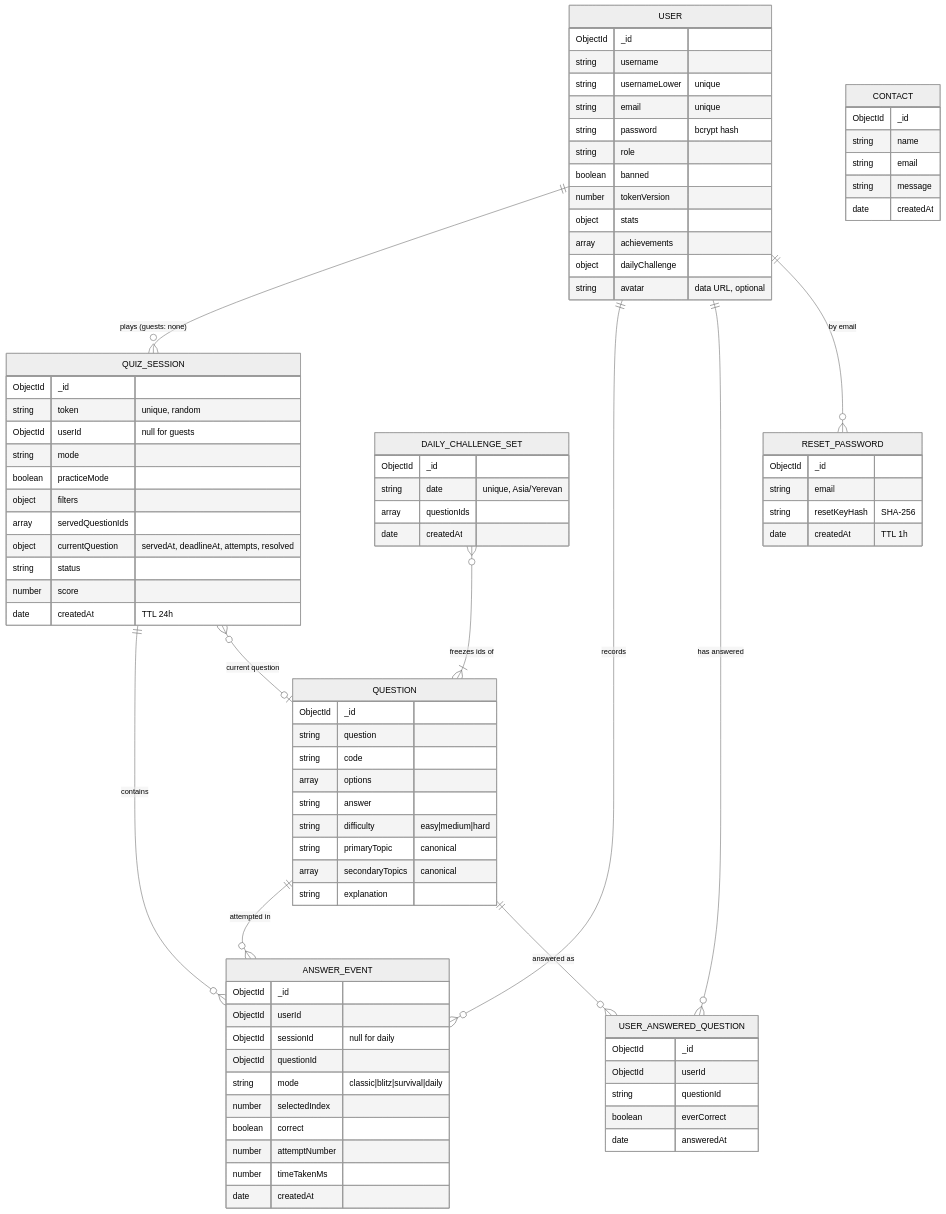
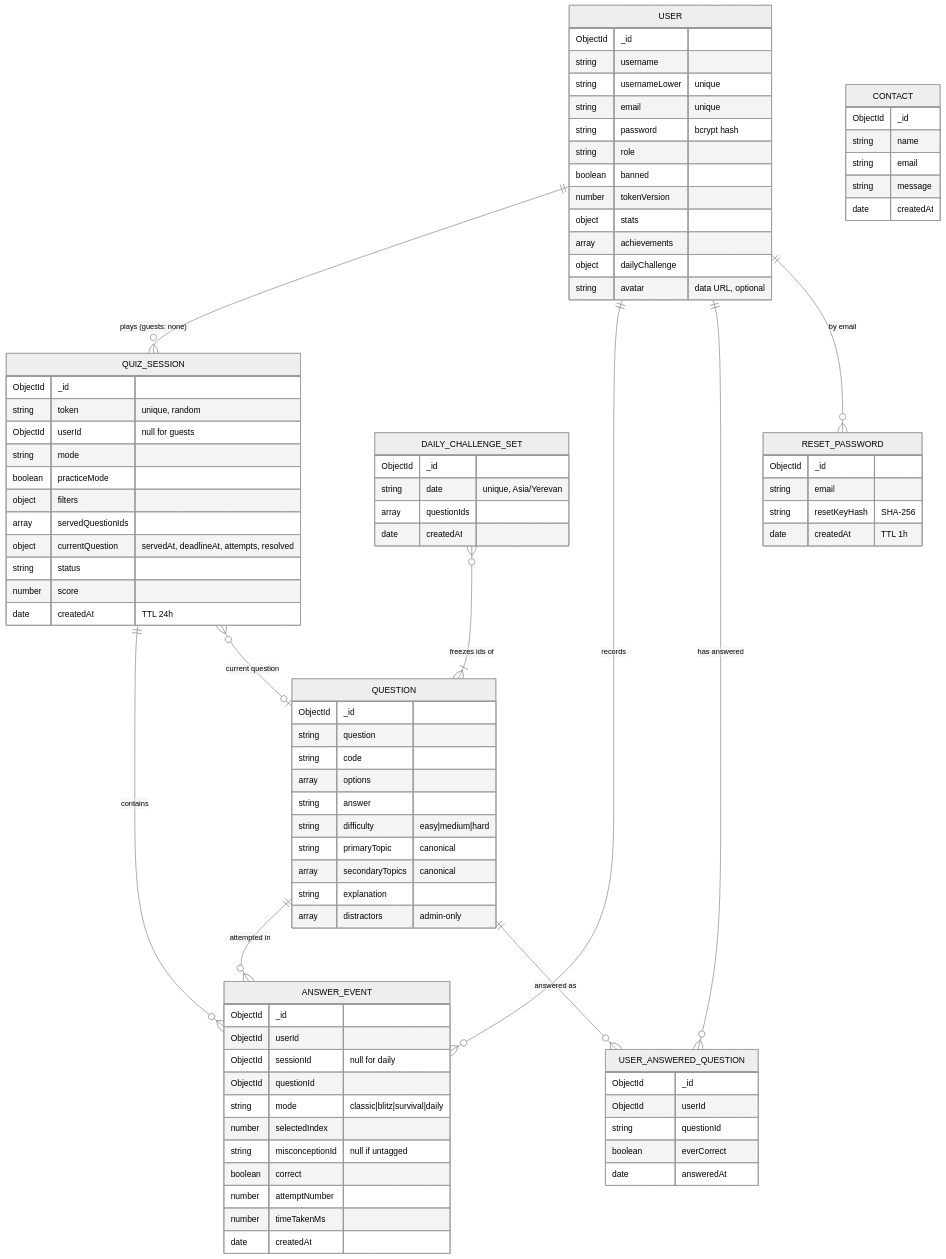
The fourth of 4 diagrams in docs/PYQUIZ_CURRENT_SYSTEM_DESCRIPTION.md (HaykuhiMk/PyQuiz), drawn with Mermaid (neutral theme) before and after one commit. The commit also changed other lines of this file and 29 other files, not shown here.

First line of the commit message:
Concept graph Stage 2: graph config, wrong-option tags, answer events, endpoint

```diff
--- a/docs/PYQUIZ_CURRENT_SYSTEM_DESCRIPTION.md
+++ b/docs/PYQUIZ_CURRENT_SYSTEM_DESCRIPTION.md
@@ -723,6 +727,7 @@
     string primaryTopic "canonical"
     array secondaryTopics "canonical"
     string explanation
+    array distractors "admin-only"
   }
   QUIZ_SESSION {
     ObjectId _id
@@ -744,6 +749,7 @@
     ObjectId questionId
     string mode "classic|blitz|survival|daily"
     number selectedIndex
+    string misconceptionId "null if untagged"
     boolean correct
     number attemptNumber
     number timeTakenMs
```
